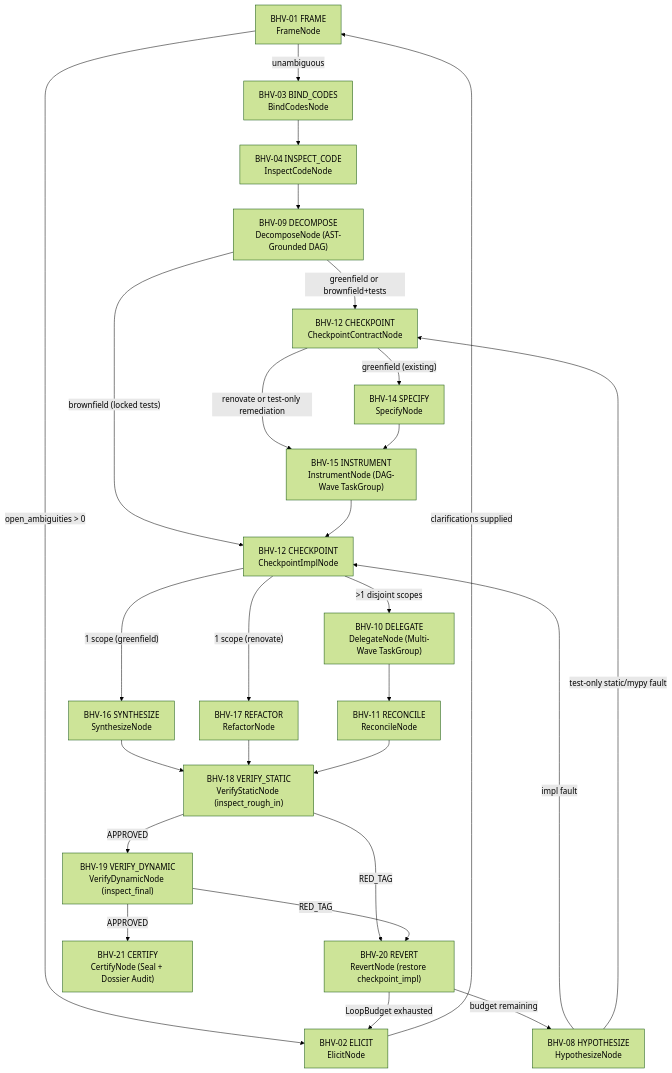
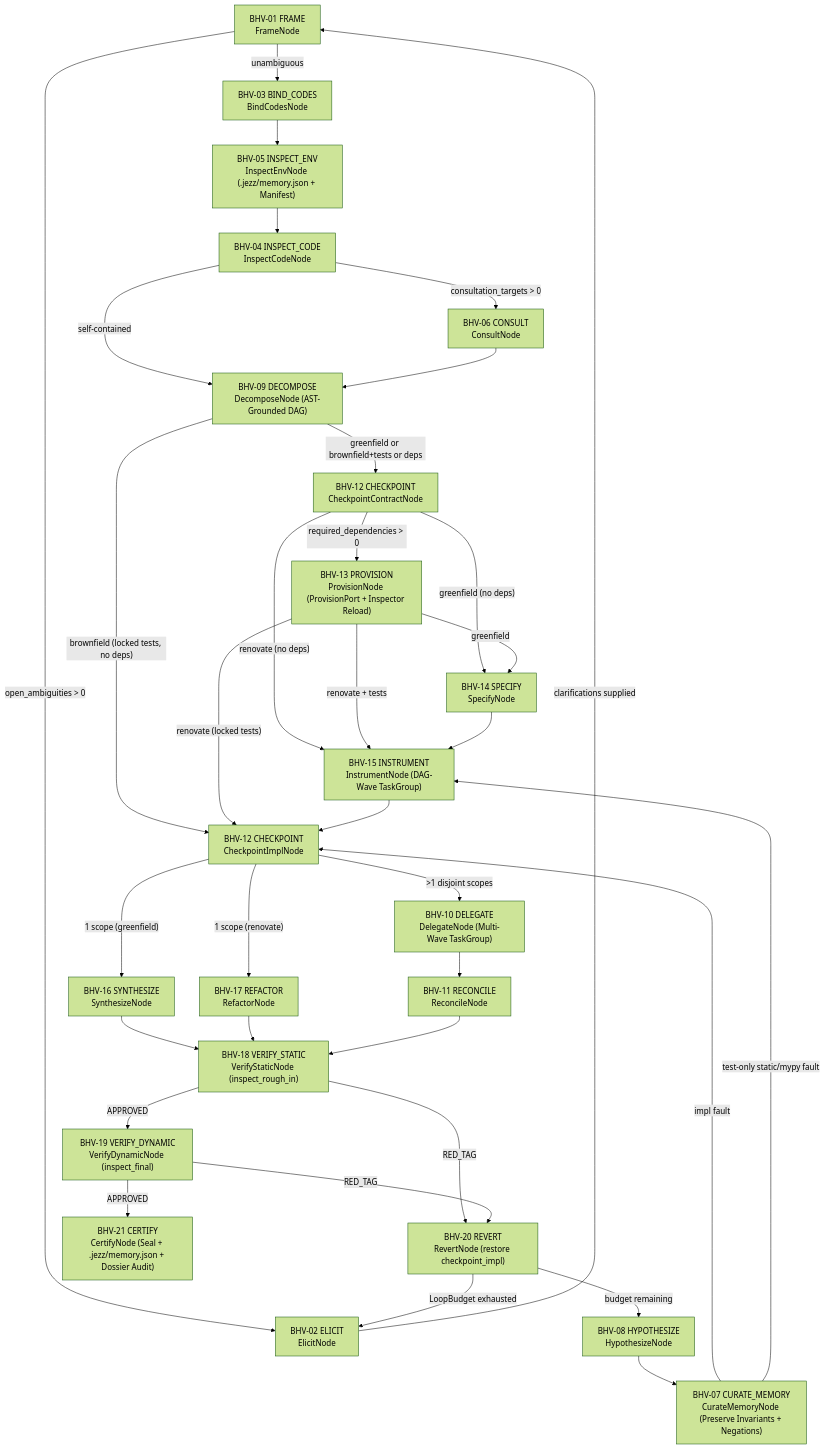
Before and after one commit to futileandstupid/jezz: the second of 2 diagrams in docs/pillar-4-pydantic-ai-runtime.md, drawn with Mermaid (forest theme). The commit also changed other lines of this file and 20 other files, not shown here.

````diff
--- a/docs/pillar-4-pydantic-ai-runtime.md
+++ b/docs/pillar-4-pydantic-ai-runtime.md
@@ -67,29 +67,37 @@
 ```mermaid
 flowchart TD
     Frame["BHV-01 FRAME\nFrameNode"] -->|"open_ambiguities > 0"| Elicit["BHV-02 ELICIT\nElicitNode"]
     Elicit -->|"clarifications supplied"| Frame
     Frame -->|"unambiguous"| Bind["BHV-03 BIND_CODES\nBindCodesNode"]
-    Bind --> Inspect["BHV-04 INSPECT_CODE\nInspectCodeNode"]
-    Inspect --> Decompose["BHV-09 DECOMPOSE\nDecomposeNode (AST-Grounded DAG)"]
-    Decompose -->|"greenfield or brownfield+tests"| CkptC["BHV-12 CHECKPOINT\nCheckpointContractNode"]
-    Decompose -->|"brownfield (locked tests)"| CkptI["BHV-12 CHECKPOINT\nCheckpointImplNode"]
-    CkptC -->|"greenfield (existing)"| Specify["BHV-14 SPECIFY\nSpecifyNode"]
-    CkptC -->|"renovate or test-only remediation"| Instrument["BHV-15 INSTRUMENT\nInstrumentNode (DAG-Wave TaskGroup)"]
+    Bind --> IEnv["BHV-05 INSPECT_ENV\nInspectEnvNode (.jezz/memory.json + Manifest)"]
+    IEnv --> Inspect["BHV-04 INSPECT_CODE\nInspectCodeNode"]
+    Inspect -->|"consultation_targets > 0"| Consult["BHV-06 CONSULT\nConsultNode"]
+    Inspect -->|"self-contained"| Decompose["BHV-09 DECOMPOSE\nDecomposeNode (AST-Grounded DAG)"]
+    Consult --> Decompose
+    Decompose -->|"greenfield or brownfield+tests or deps"| CkptC["BHV-12 CHECKPOINT\nCheckpointContractNode"]
+    Decompose -->|"brownfield (locked tests, no deps)"| CkptI["BHV-12 CHECKPOINT\nCheckpointImplNode"]
+    CkptC -->|"required_dependencies > 0"| Prov["BHV-13 PROVISION\nProvisionNode (ProvisionPort + Inspector Reload)"]
+    CkptC -->|"greenfield (no deps)"| Specify["BHV-14 SPECIFY\nSpecifyNode"]
+    CkptC -->|"renovate (no deps)"| Instrument["BHV-15 INSTRUMENT\nInstrumentNode (DAG-Wave TaskGroup)"]
+    Prov -->|"greenfield"| Specify
+    Prov -->|"renovate + tests"| Instrument
+    Prov -->|"renovate (locked tests)"| CkptI
     Specify --> Instrument
     Instrument --> CkptI
     CkptI -->|"1 scope (greenfield)"| Synth["BHV-16 SYNTHESIZE\nSynthesizeNode"]
     CkptI -->|"1 scope (renovate)"| Refactor["BHV-17 REFACTOR\nRefactorNode"]
     CkptI -->|">1 disjoint scopes"| Delegate["BHV-10 DELEGATE\nDelegateNode (Multi-Wave TaskGroup)"]
     Delegate --> Reconcile["BHV-11 RECONCILE\nReconcileNode"]
     Synth --> VStatic["BHV-18 VERIFY_STATIC\nVerifyStaticNode (inspect_rough_in)"]
     Refactor --> VStatic
     Reconcile --> VStatic
     VStatic -->|"APPROVED"| VDyn["BHV-19 VERIFY_DYNAMIC\nVerifyDynamicNode (inspect_final)"]
     VStatic -->|"RED_TAG"| Revert["BHV-20 REVERT\nRevertNode (restore checkpoint_impl)"]
-    VDyn -->|"APPROVED"| Certify["BHV-21 CERTIFY\nCertifyNode (Seal + Dossier Audit)"]
+    VDyn -->|"APPROVED"| Certify["BHV-21 CERTIFY\nCertifyNode (Seal + .jezz/memory.json + Dossier Audit)"]
     VDyn -->|"RED_TAG"| Revert
     Revert -->|"budget remaining"| Hyp["BHV-08 HYPOTHESIZE\nHypothesizeNode"]
     Revert -->|"LoopBudget exhausted"| Elicit
-    Hyp -->|"impl fault"| CkptI
-    Hyp -->|"test-only static/mypy fault"| CkptC
+    Hyp --> Curate["BHV-07 CURATE_MEMORY\nCurateMemoryNode (Preserve Invariants + Negations)"]
+    Curate -->|"impl fault"| CkptI
+    Curate -->|"test-only static/mypy fault"| Instrument
 ```
````
